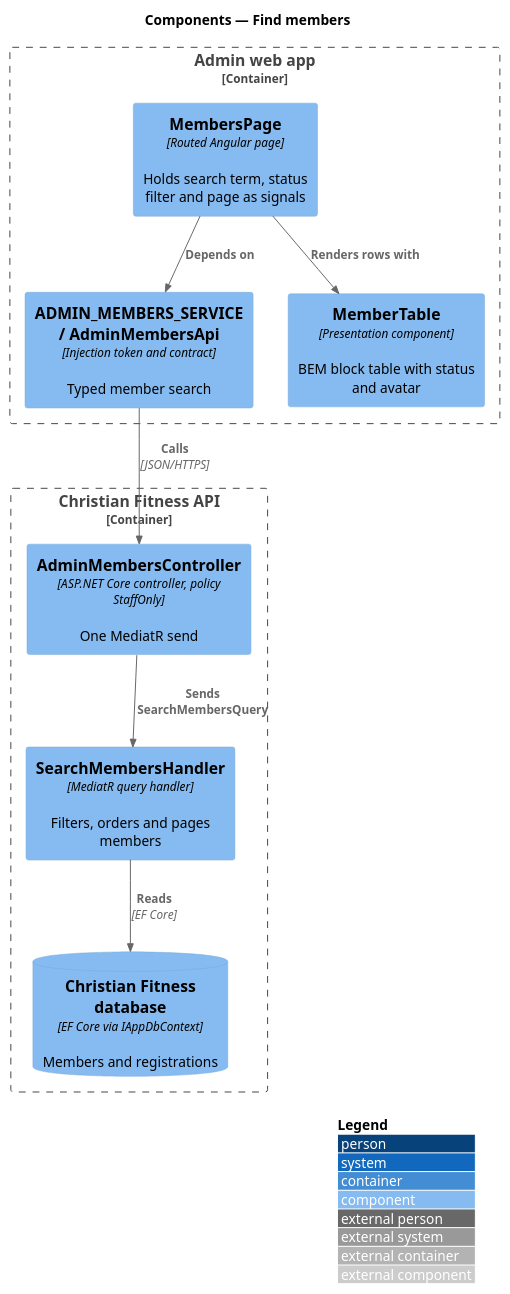
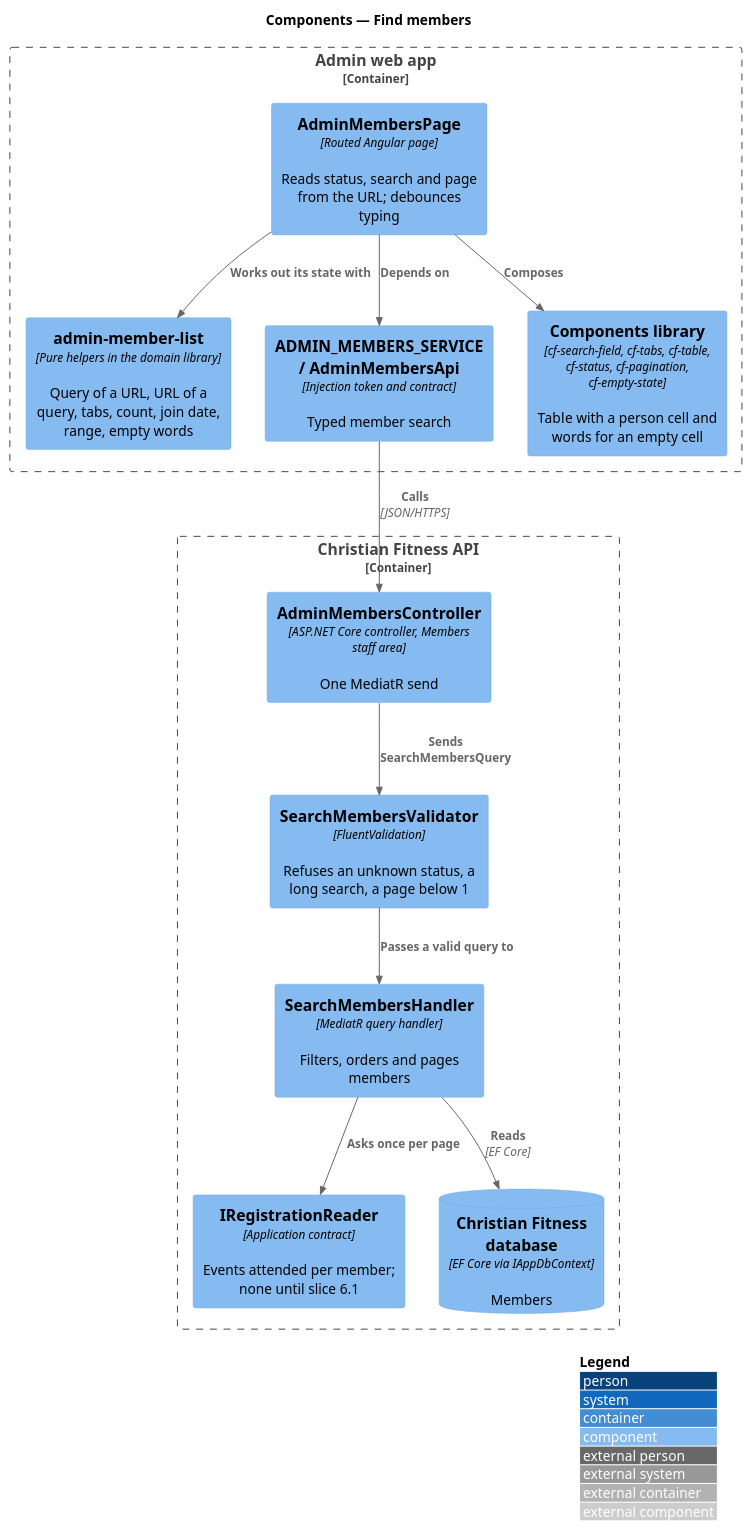
The diagram in docs/detailed-designs/admin-moderation/find-members/diagrams/c4-component.puml (QuinntyneBrown/christian-fitness), drawn with PlantUML before and after one commit. The commit also changed 12 other files, not shown here.

```diff
--- a/docs/detailed-designs/admin-moderation/find-members/diagrams/c4-component.puml
+++ b/docs/detailed-designs/admin-moderation/find-members/diagrams/c4-component.puml
@@ -1,21 +1,27 @@
 @startuml
 !include <C4/C4_Component>
 LAYOUT_WITH_LEGEND()
 title Components — Find members
 
 Container_Boundary(fe, "Admin web app") {
-  Component(page, "MembersPage", "Routed Angular page", "Holds search term, status filter and page as signals")
+  Component(page, "AdminMembersPage", "Routed Angular page", "Reads status, search and page from the URL; debounces typing")
+  Component(rules, "admin-member-list", "Pure helpers in the domain library", "Query of a URL, URL of a query, tabs, count, join date, range, empty words")
   Component(svc, "ADMIN_MEMBERS_SERVICE / AdminMembersApi", "Injection token and contract", "Typed member search")
-  Component(table, "MemberTable", "Presentation component", "BEM block table with status and avatar")
+  Component(lib, "Components library", "cf-search-field, cf-tabs, cf-table, cf-status, cf-pagination, cf-empty-state", "Table with a person cell and words for an empty cell")
 }
 Container_Boundary(api, "Christian Fitness API") {
-  Component(ctrl, "AdminMembersController", "ASP.NET Core controller, policy StaffOnly", "One MediatR send")
+  Component(ctrl, "AdminMembersController", "ASP.NET Core controller, Members staff area", "One MediatR send")
+  Component(v, "SearchMembersValidator", "FluentValidation", "Refuses an unknown status, a long search, a page below 1")
   Component(h, "SearchMembersHandler", "MediatR query handler", "Filters, orders and pages members")
-  ComponentDb(db, "Christian Fitness database", "EF Core via IAppDbContext", "Members and registrations")
+  Component(reg, "IRegistrationReader", "Application contract", "Events attended per member; none until slice 6.1")
+  ComponentDb(db, "Christian Fitness database", "EF Core via IAppDbContext", "Members")
 }
+Rel(page, rules, "Works out its state with")
 Rel(page, svc, "Depends on")
-Rel(page, table, "Renders rows with")
+Rel(page, lib, "Composes")
 Rel(svc, ctrl, "Calls", "JSON/HTTPS")
-Rel(ctrl, h, "Sends SearchMembersQuery")
+Rel(ctrl, v, "Sends SearchMembersQuery")
+Rel(v, h, "Passes a valid query to")
+Rel(h, reg, "Asks once per page")
 Rel(h, db, "Reads", "EF Core")
 @enduml
```
